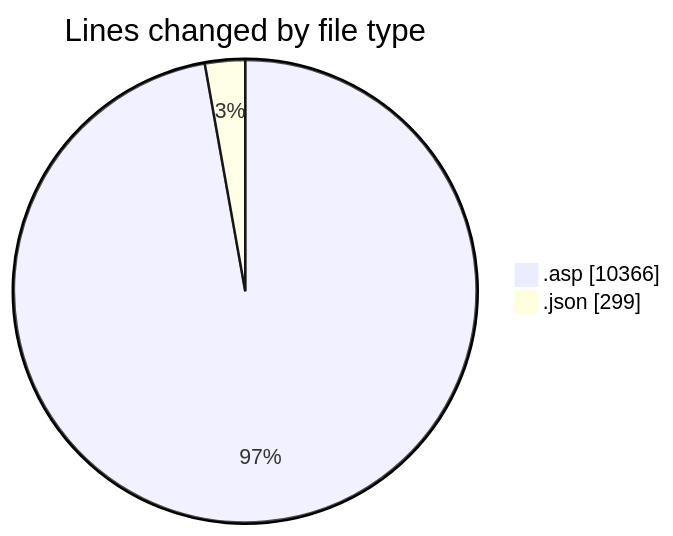
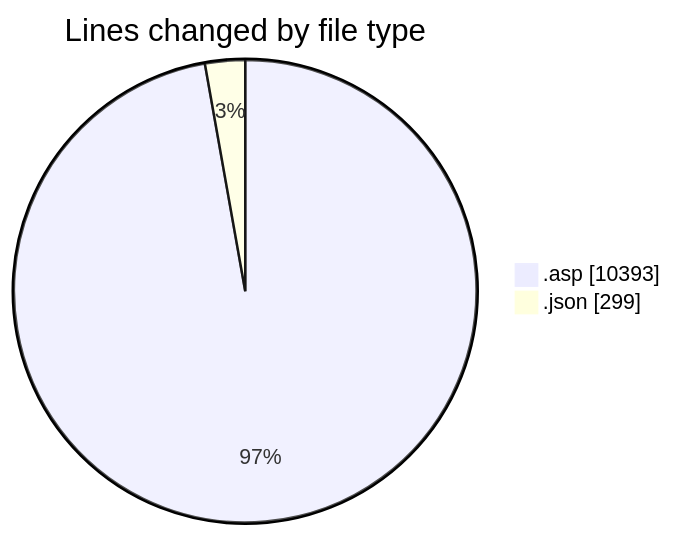
Before and after one commit to julien-gomy/code-tracking: the first of 2 diagrams in 2025-11-15/usr_aleoudev_fr__workspace_/README.md, drawn with Mermaid. The commit also changed other lines of this file and 1 other file, not shown here.

````diff
--- a/2025-11-15/usr_aleoudev_fr__workspace_/README.md
+++ b/2025-11-15/usr_aleoudev_fr__workspace_/README.md
@@ -28,6 +28,6 @@
 ```mermaid
 pie showData
 title Lines changed by file type
-".asp" : 10366
+".asp" : 10393
 ".json" : 299
 ```
````
